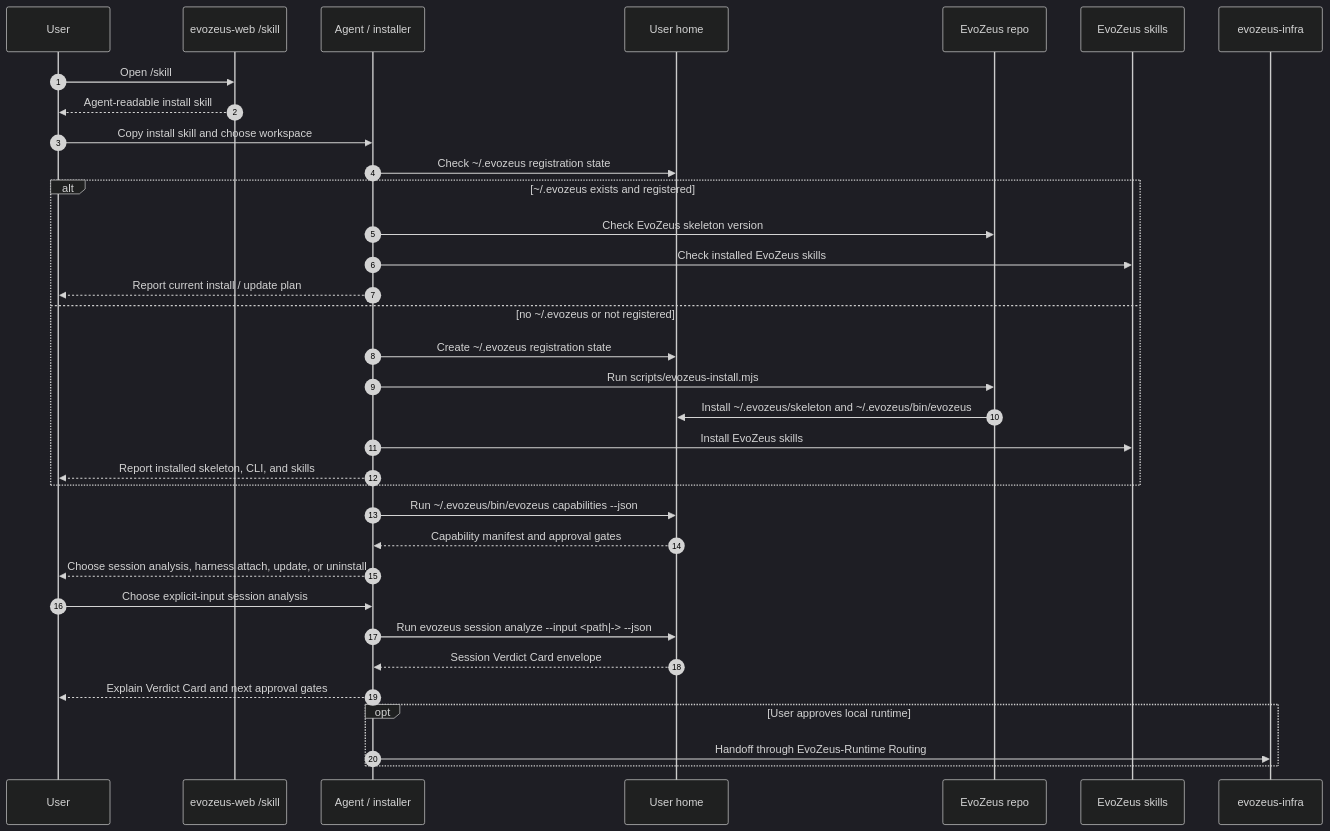
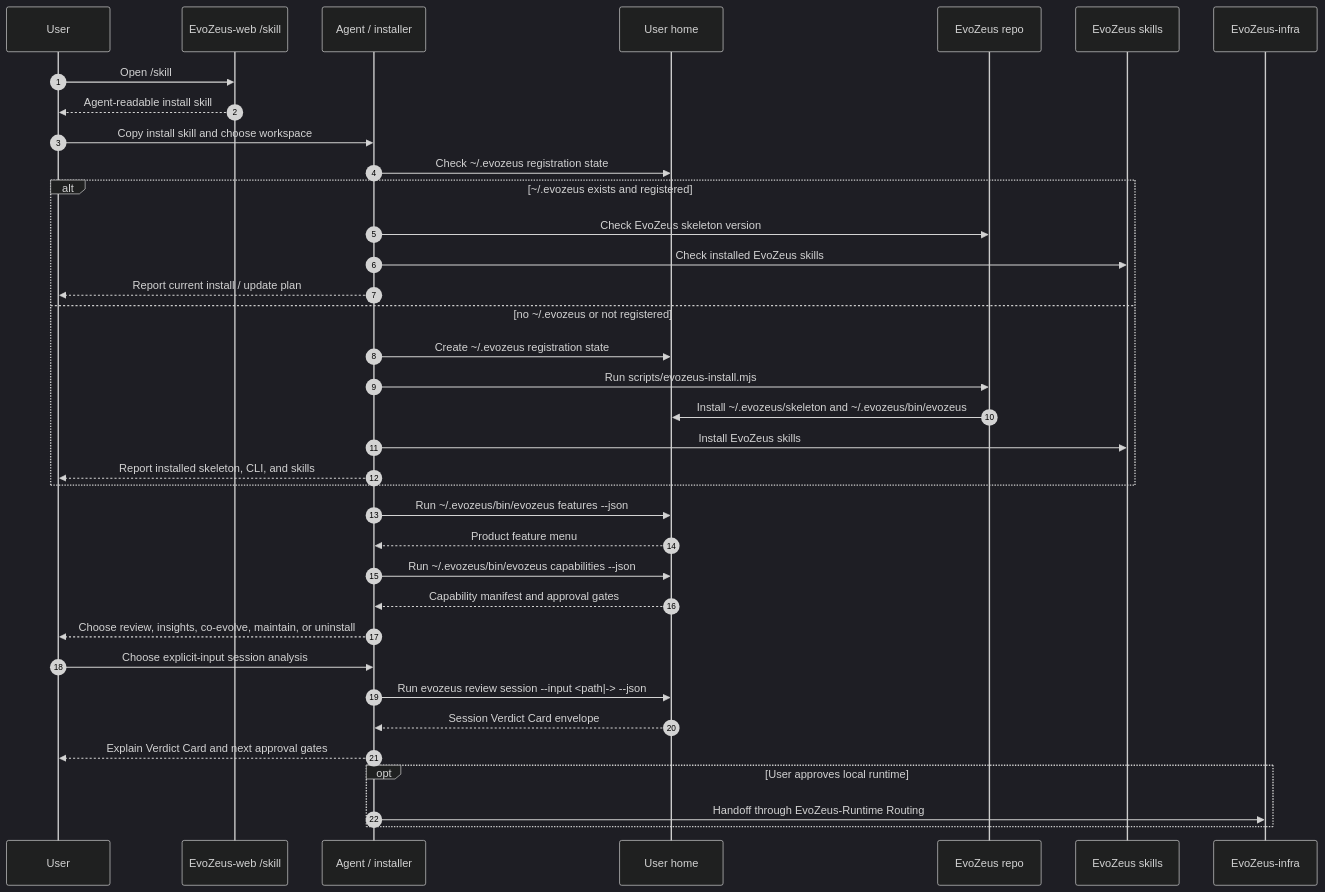
Before and after one commit to MetaInFLow/EvoZeus: the diagram in docs/README.zh-CN.md, drawn with Mermaid (dark theme). The commit also changed other lines of this file and 26 other files, not shown here.

Commit message:
feat: add workspace product feature router (#16)

````diff
--- a/docs/README.zh-CN.md
+++ b/docs/README.zh-CN.md
@@ -46,40 +46,42 @@
 ```mermaid
 sequenceDiagram
   autonumber
   participant User
-  participant Community as evozeus-web /skill
+  participant Community as EvoZeus-web /skill
   participant Installer as Agent / installer
   participant Local as User home
   participant Main as EvoZeus repo
   participant Skills as EvoZeus skills
-  participant Runtime as evozeus-infra
+  participant Runtime as EvoZeus-infra
 
   User->>Community: Open /skill
   Community-->>User: Agent-readable install skill
   User->>Installer: Copy install skill and choose workspace
   Installer->>Local: Check ~/.evozeus registration state
 
   alt ~/.evozeus exists and registered
     Installer->>Main: Check EvoZeus skeleton version
     Installer->>Skills: Check installed EvoZeus skills
     Installer-->>User: Report current install / update plan
   else no ~/.evozeus or not registered
     Installer->>Local: Create ~/.evozeus registration state
     Installer->>Main: Run scripts/evozeus-install.mjs
     Main->>Local: Install ~/.evozeus/skeleton and ~/.evozeus/bin/evozeus
     Installer->>Skills: Install EvoZeus skills
     Installer-->>User: Report installed skeleton, CLI, and skills
   end
 
+  Installer->>Local: Run ~/.evozeus/bin/evozeus features --json
+  Local-->>Installer: Product feature menu
   Installer->>Local: Run ~/.evozeus/bin/evozeus capabilities --json
   Local-->>Installer: Capability manifest and approval gates
-  Installer-->>User: Choose session analysis, harness attach, update, or uninstall
+  Installer-->>User: Choose review, insights, co-evolve, maintain, or uninstall
   User->>Installer: Choose explicit-input session analysis
-  Installer->>Local: Run evozeus session analyze --input <path|-> --json
+  Installer->>Local: Run evozeus review session --input <path|-> --json
   Local-->>Installer: Session Verdict Card envelope
   Installer-->>User: Explain Verdict Card and next approval gates
 
   opt User approves local runtime
     Installer->>Runtime: Handoff through EvoZeus-Runtime Routing
   end
 ```
````
